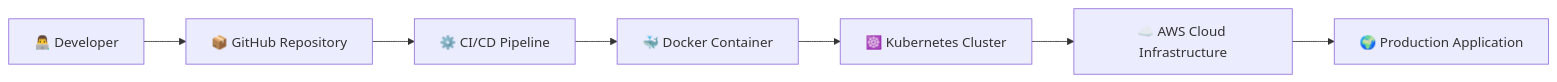
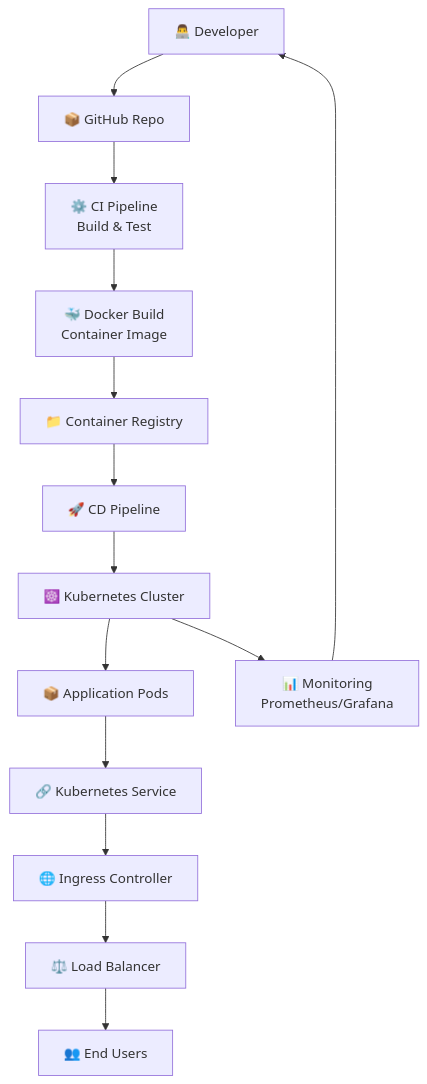
One commit to UtkarshaBhosale/90DaysOfDevOps changed the diagram in 2026/day-01/learning-plan.md. Above: the diagram before and after it, drawn with Mermaid. The commit also changed other lines of this file, not shown here.

````diff
--- a/2026/day-01/learning-plan.md
+++ b/2026/day-01/learning-plan.md
@@ -77,9 +99,29 @@
 ``` mermaid
-flowchart LR
-    A[👨‍💻 Developer] --> B[📦 GitHub Repository]
-    B --> C[⚙️ CI/CD Pipeline]
-    C --> D[🐳 Docker Container]
-    D --> E[☸️ Kubernetes Cluster]
-    E --> F[☁️ AWS Cloud Infrastructure]
-    F --> G[🌍 Production Application]
+flowchart TB
+
+    Dev[👨‍💻 Developer] --> Git[📦 GitHub Repo]
+
+    Git --> CI[⚙️ CI Pipeline<br>Build & Test]
+
+    CI --> Docker[🐳 Docker Build<br>Container Image]
+
+    Docker --> Registry[📁 Container Registry]
+
+    Registry --> CD[🚀 CD Pipeline]
+
+    CD --> K8s[☸️ Kubernetes Cluster]
+
+    K8s --> Pods[📦 Application Pods]
+
+    Pods --> Service[🔗 Kubernetes Service]
+
+    Service --> Ingress[🌐 Ingress Controller]
+
+    Ingress --> LB[⚖️ Load Balancer]
+
+    LB --> Users[👥 End Users]
+
+    K8s --> Monitor[📊 Monitoring<br>Prometheus/Grafana]
+
+    Monitor --> Dev
 ```
````
